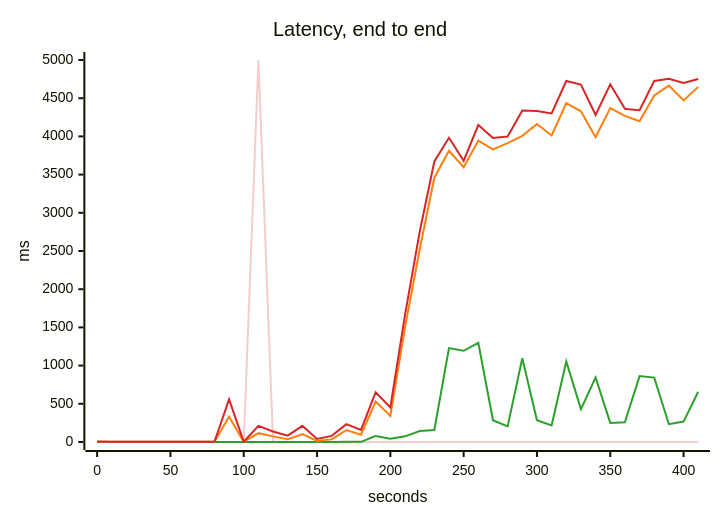
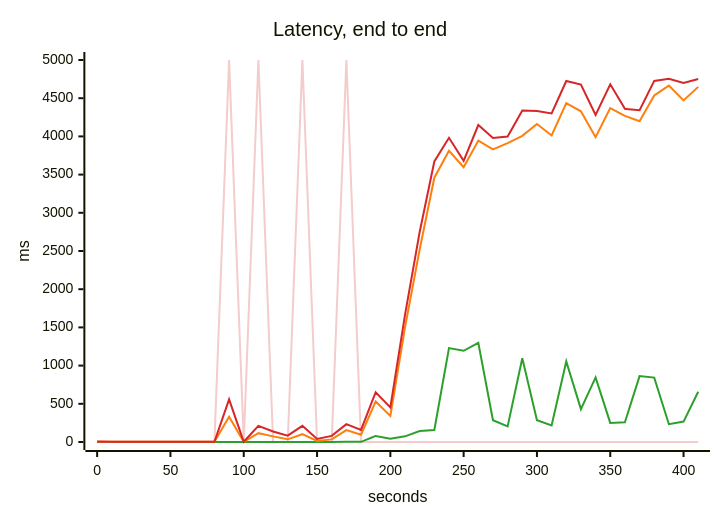
Before and after one commit to akinfemi/load-lore: the third of 5 diagrams in scenarios/single-postgres-breaking-point/solutions/one-query-per-page/report.md, drawn with Mermaid. The commit also changed other lines of this file and 6 other files, not shown here.

````diff
--- a/scenarios/single-postgres-breaking-point/solutions/one-query-per-page/report.md
+++ b/scenarios/single-postgres-breaking-point/solutions/one-query-per-page/report.md
@@ -58,17 +59,17 @@
 ```mermaid
 ---
 config:
   themeVariables:
     xyChart:
       backgroundColor: "transparent"
       plotColorPalette: "#f4cccc, #2ca02c, #ff7f0e, #d62728"
 ---
 xychart-beta
     title "Latency, end to end"
     x-axis "seconds" 0 --> 410
     y-axis "ms" 0 --> 5000
-    line [0, 0, 0, 0, 0, 0, 0, 0, 0, 0, 0, 5000, 0, 0, 0, 0, 0, 0, 0, 0, 0, 0, 0, 0, 0, 0, 0, 0, 0, 0, 0, 0, 0, 0, 0, 0, 0, 0, 0, 0, 0, 0]
+    line [0, 0, 0, 0, 0, 0, 0, 0, 0, 5000, 0, 5000, 0, 0, 5000, 0, 0, 5000, 0, 0, 0, 0, 0, 0, 0, 0, 0, 0, 0, 0, 0, 0, 0, 0, 0, 0, 0, 0, 0, 0, 0, 0]
     line [1.599, 1.158, 1.139, 1.115, 1.1, 1.108, 1.111, 1.102, 1.108, 1.238, 1.135, 1.335, 1.568, 1.33, 1.304, 1.318, 1.447, 1.74, 1.914, 79.254, 43.089, 74.226, 142.937, 157.338, 1229.569, 1193.512, 1297.445, 284.964, 204.485, 1095.991, 286.335, 215.932, 1054.305, 429.962, 845.405, 250, 259.256, 862.26, 843.145, 232.709, 266.97, 657.878]
     line [3.713, 2.104, 2.162, 1.953, 1.879, 1.924, 2.024, 1.9, 1.906, 330.145, 1.882, 115.562, 73.545, 34.858, 102.314, 13.929, 34.068, 155.675, 94.713, 530.769, 340.87, 1499.31, 2519.192, 3459.643, 3811.703, 3596.242, 3944.872, 3829.123, 3912.361, 4006.659, 4163.355, 4012.564, 4435.08, 4328.092, 3990.016, 4371.223, 4268.116, 4199.285, 4535.342, 4665.328, 4470.28, 4648.359]
     line [5.468, 4.091, 3.705, 3.215, 2.801, 2.994, 3.641, 3.238, 3.215, 558.128, 2.659, 211.844, 136.866, 83.847, 211.996, 39.781, 79.778, 233.491, 158.87, 651.099, 452.346, 1664.958, 2748.156, 3672.124, 3981.509, 3681, 4148.747, 3978.768, 3999.405, 4337.751, 4333.057, 4299.944, 4725.245, 4677.719, 4282.013, 4682.094, 4360.703, 4343.282, 4726.577, 4755.575, 4699.519, 4751.441]
 ```
````
